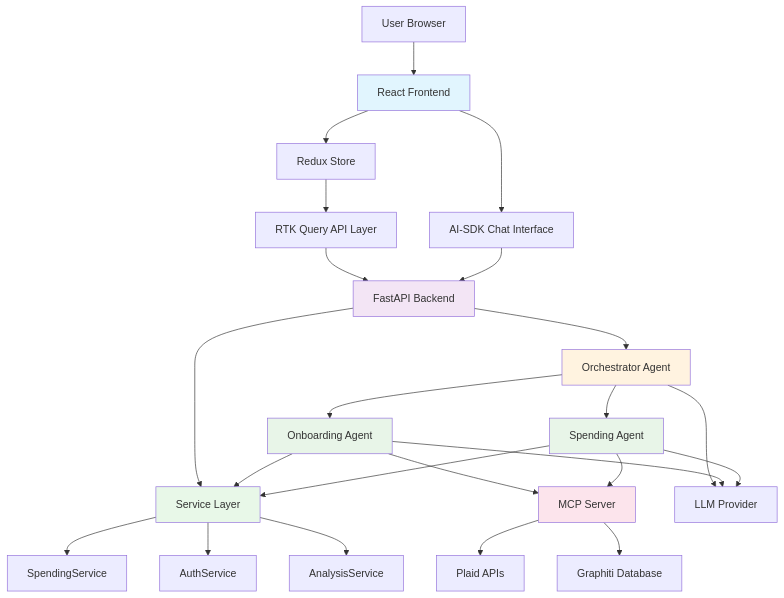
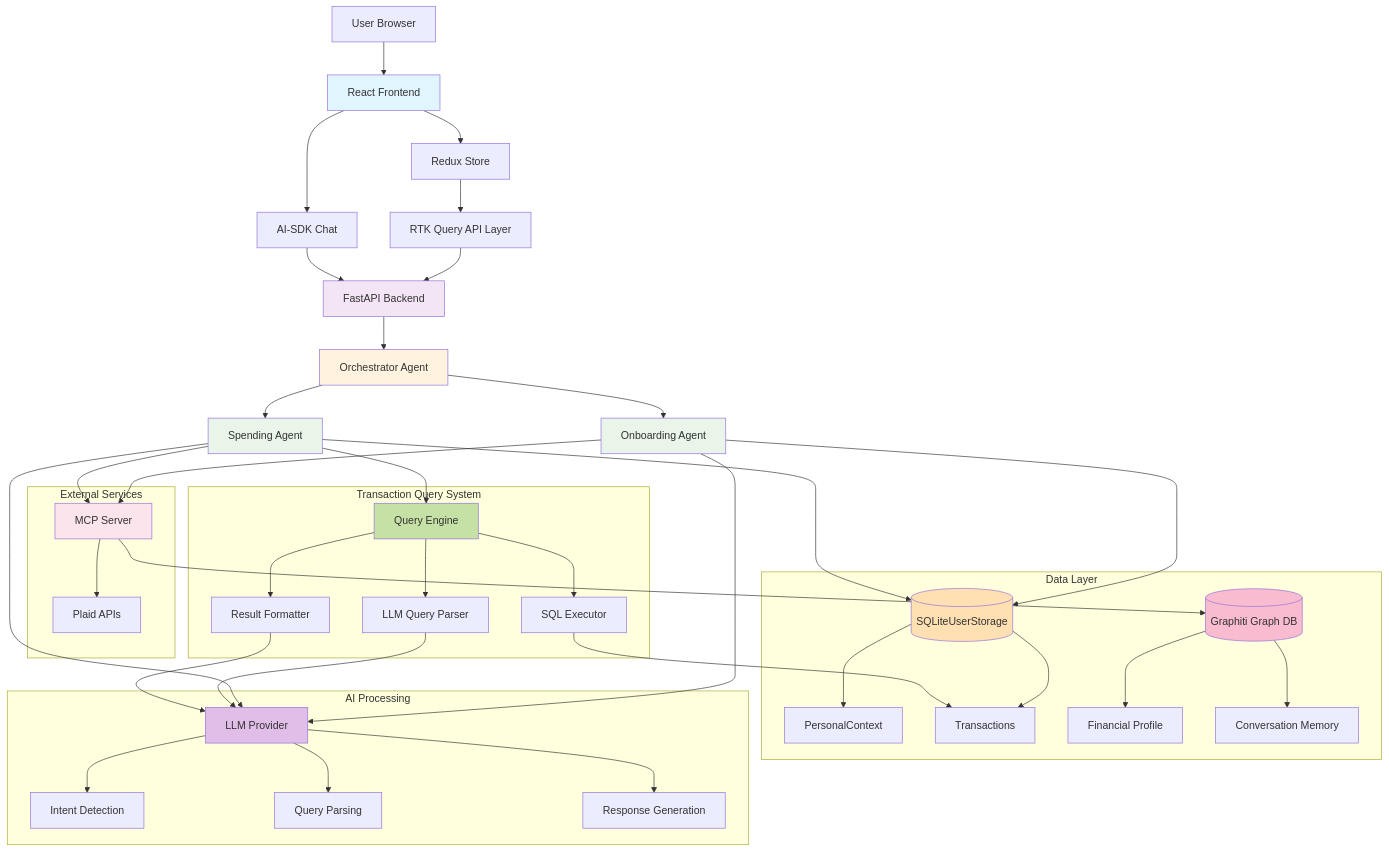
Before and after one commit to FinAssistant/financial-assistant: the first of 2 diagrams in docs/architecture/high-level-architecture.md, drawn with Mermaid. The commit also changed other lines of this file and 22 other files, not shown here.

````diff
--- a/docs/architecture/high-level-architecture.md
+++ b/docs/architecture/high-level-architecture.md
@@ -45,37 +46,71 @@
 ```mermaid
 graph TD
     A[User Browser] --> B[React Frontend]
     B --> C[Redux Store]
     C --> D[RTK Query API Layer]
     D --> E[FastAPI Backend]
     E --> F[Orchestrator Agent]
-    E --> I[Service Layer]
+
     F --> G[Onboarding Agent]
     F --> H[Spending Agent]
-    
-    G --> I
-    H --> I
-    I --> N[SpendingService]
-    I --> O[AuthService]
-    I --> P[AnalysisService]
-    
-    G --> J[MCP Server]
+
+    subgraph "Data Layer"
+        S[(SQLiteUserStorage)]
+        S --> S1[PersonalContext]
+        S --> S2[Transactions]
+        L[(Graphiti Graph DB)]
+        L --> L1[Financial Profile]
+        L --> L2[Conversation Memory]
+    end
+
+    subgraph "External Services"
+        J[MCP Server]
+        J --> K[Plaid APIs]
+        J --> L
+    end
+
+    subgraph "AI Processing"
+        M[LLM Provider]
+        M --> M1[Intent Detection]
+        M --> M2[Query Parsing]
+        M --> M3[Response Generation]
+    end
+
+    subgraph "Transaction Query System"
+        T[Query Engine]
+        T --> T1[LLM Query Parser]
+        T --> T2[SQL Executor]
+        T --> T3[Result Formatter]
+    end
+
+    %% Onboarding Agent Flow
+    G --> S
+    G --> J
+    G --> M
+
+    %% Spending Agent Flow
+    H --> S
     H --> J
-    J --> K[Plaid APIs]
-    J --> L[Graphiti Database]
-    
-    F --> M[LLM Provider]
-    G --> M
     H --> M
-    
-    B --> Q[AI-SDK Chat Interface]
+    H --> T
+
+    %% Transaction Query Flow
+    T1 --> M
+    T2 --> S2
+    T3 --> M
+
+    %% Frontend Integration
+    B --> Q[AI-SDK Chat]
     Q --> E
-    
+
     style B fill:#e1f5fe
     style E fill:#f3e5f5
     style F fill:#fff3e0
     style G fill:#e8f5e8
     style H fill:#e8f5e8
-    style I fill:#e8f8e8
+    style S fill:#ffe0b2
+    style L fill:#f8bbd0
     style J fill:#fce4ec
+    style M fill:#e1bee7
+    style T fill:#c5e1a5
 ```
````
